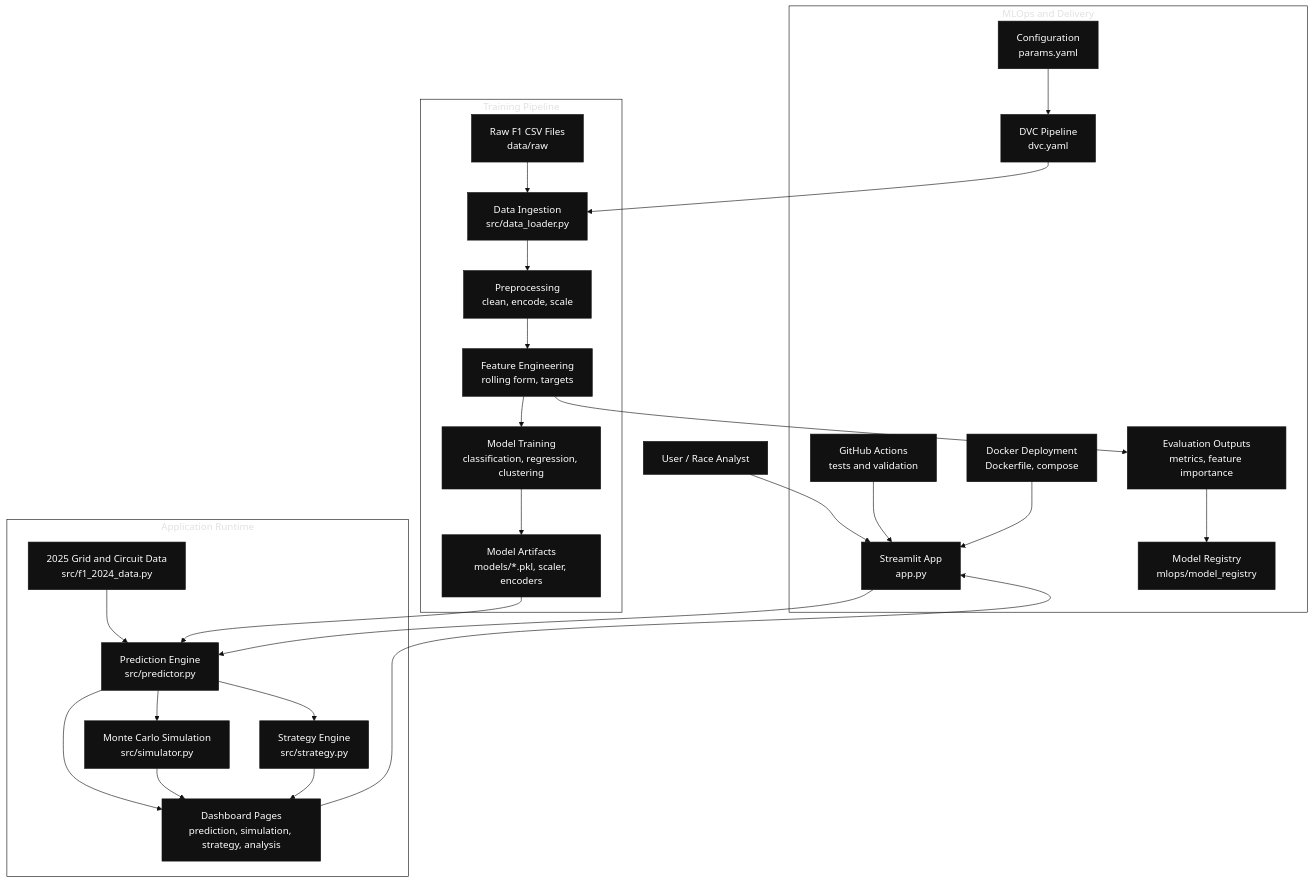
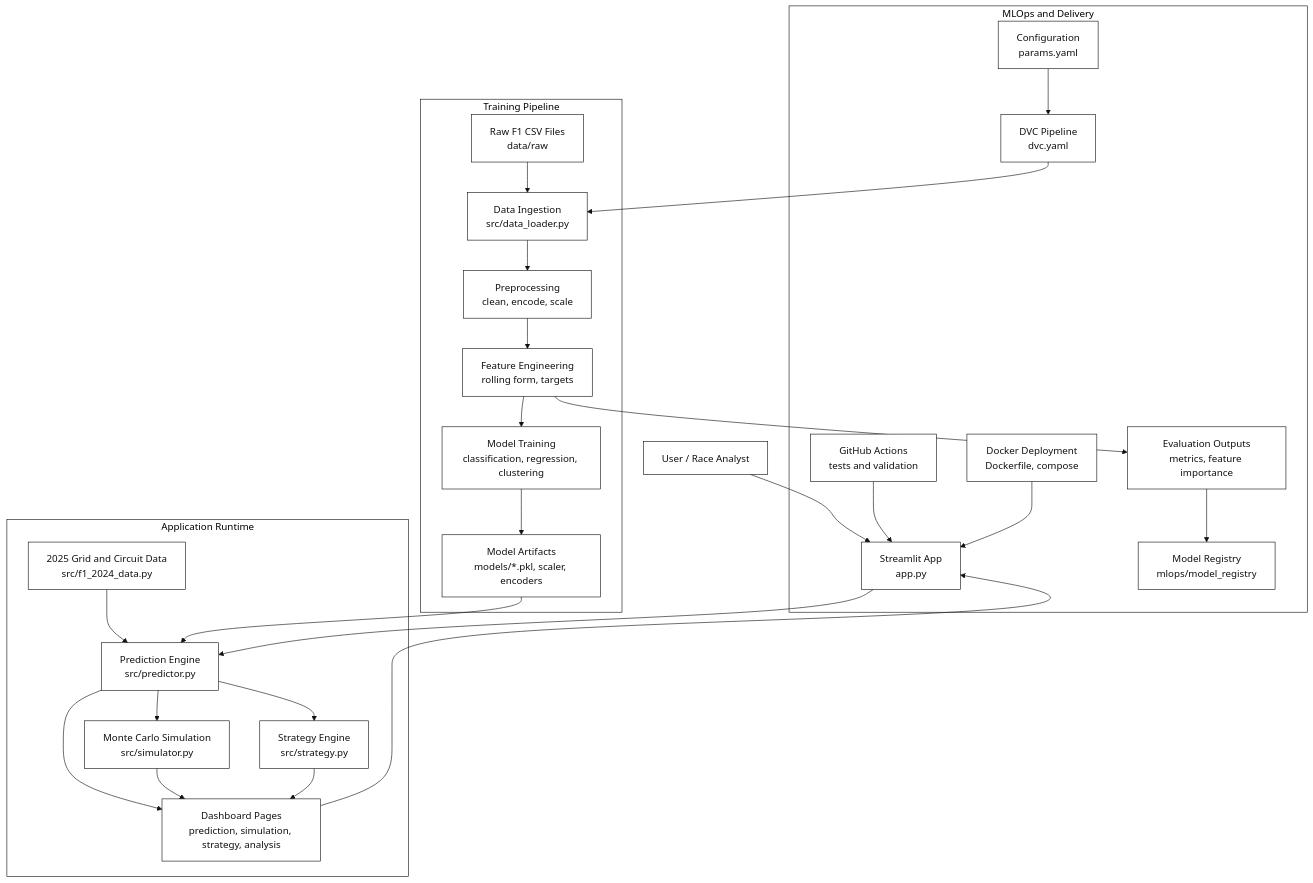
The diagram in README.md (ParthrChandurkar/F1-Race-Prediction-Strategy-System), drawn with Mermaid before and after one commit.

Commit message:
Use outline architecture diagram boxes

````diff
--- a/README.md
+++ b/README.md
@@ -58,56 +58,56 @@
 ```mermaid
-%%{init: {"theme": "base", "themeVariables": {"background": "#ffffff", "mainBkg": "#111111", "primaryColor": "#111111", "primaryTextColor": "#ffffff", "primaryBorderColor": "#111111", "lineColor": "#111111", "clusterBkg": "#ffffff", "clusterBorder": "#111111", "edgeLabelBackground": "#ffffff", "fontFamily": "Arial"}} }%%
+%%{init: {"theme": "base", "themeVariables": {"background": "#ffffff", "mainBkg": "#ffffff", "primaryColor": "#ffffff", "primaryTextColor": "#111111", "primaryBorderColor": "#111111", "lineColor": "#111111", "clusterBkg": "#ffffff", "clusterBorder": "#111111", "edgeLabelBackground": "#ffffff", "fontFamily": "Arial"}} }%%
 flowchart TB
     user["User / Race Analyst"]
     app["Streamlit App<br/>app.py"]
 
     user --> app
 
     subgraph train_flow["Training Pipeline"]
         raw["Raw F1 CSV Files<br/>data/raw"]
         ingest["Data Ingestion<br/>src/data_loader.py"]
         prep["Preprocessing<br/>clean, encode, scale"]
         features["Feature Engineering<br/>rolling form, targets"]
         train["Model Training<br/>classification, regression, clustering"]
         models["Model Artifacts<br/>models/*.pkl, scaler, encoders"]
 
         raw --> ingest --> prep --> features --> train --> models
     end
 
     subgraph app_flow["Application Runtime"]
         constants["2025 Grid and Circuit Data<br/>src/f1_2024_data.py"]
         predictor["Prediction Engine<br/>src/predictor.py"]
         simulator["Monte Carlo Simulation<br/>src/simulator.py"]
         strategy["Strategy Engine<br/>src/strategy.py"]
         dashboard["Dashboard Pages<br/>prediction, simulation, strategy, analysis"]
 
         constants --> predictor
         models --> predictor
         predictor --> simulator
         predictor --> strategy
         predictor --> dashboard
         simulator --> dashboard
         strategy --> dashboard
     end
 
     subgraph ops_flow["MLOps and Delivery"]
         params["Configuration<br/>params.yaml"]
         dvc["DVC Pipeline<br/>dvc.yaml"]
         metrics["Evaluation Outputs<br/>metrics, feature importance"]
         registry["Model Registry<br/>mlops/model_registry"]
         ci["GitHub Actions<br/>tests and validation"]
         docker["Docker Deployment<br/>Dockerfile, compose"]
 
         params --> dvc
         dvc --> ingest
         features --> metrics --> registry
         ci --> app
         docker --> app
     end
 
     app --> predictor
     dashboard --> app
 
-    classDef blackBox fill:#111111,stroke:#111111,color:#ffffff;
-    class user,app,raw,ingest,prep,features,train,models,constants,predictor,simulator,strategy,dashboard,params,dvc,metrics,registry,ci,docker blackBox;
+    classDef outlineBox fill:#ffffff,stroke:#111111,color:#111111,stroke-width:1px;
+    class user,app,raw,ingest,prep,features,train,models,constants,predictor,simulator,strategy,dashboard,params,dvc,metrics,registry,ci,docker outlineBox;
 ```
````
